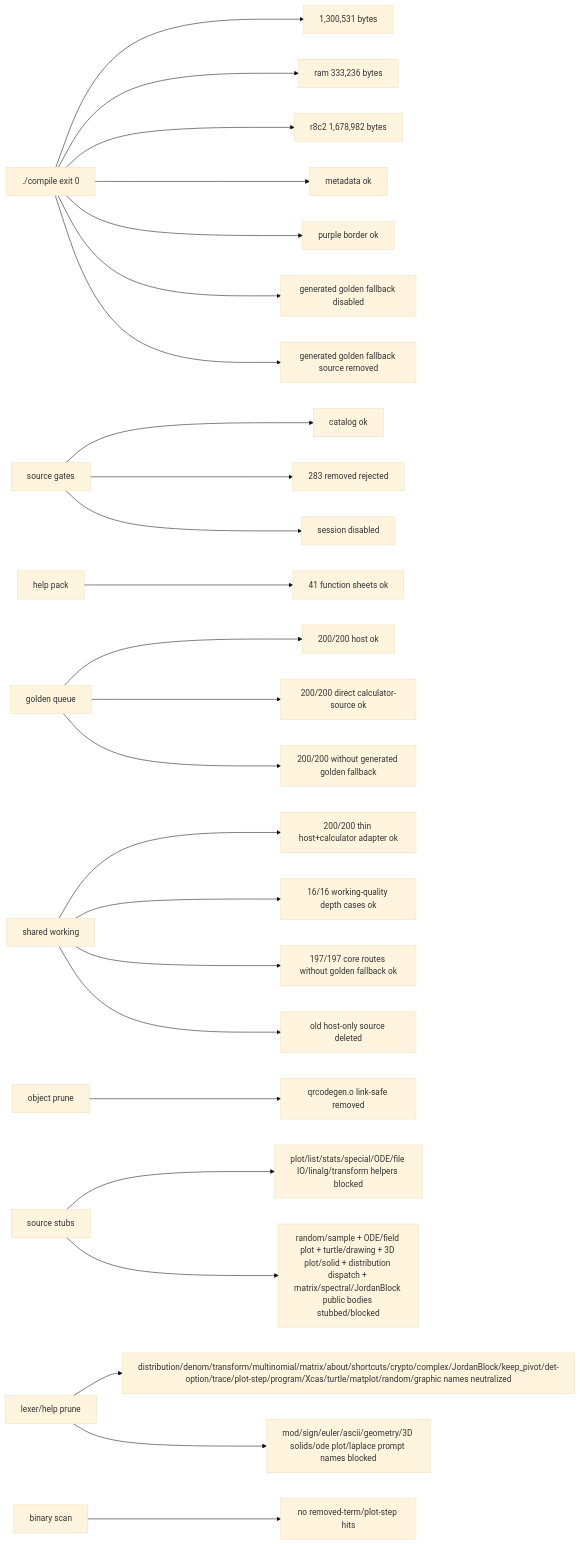
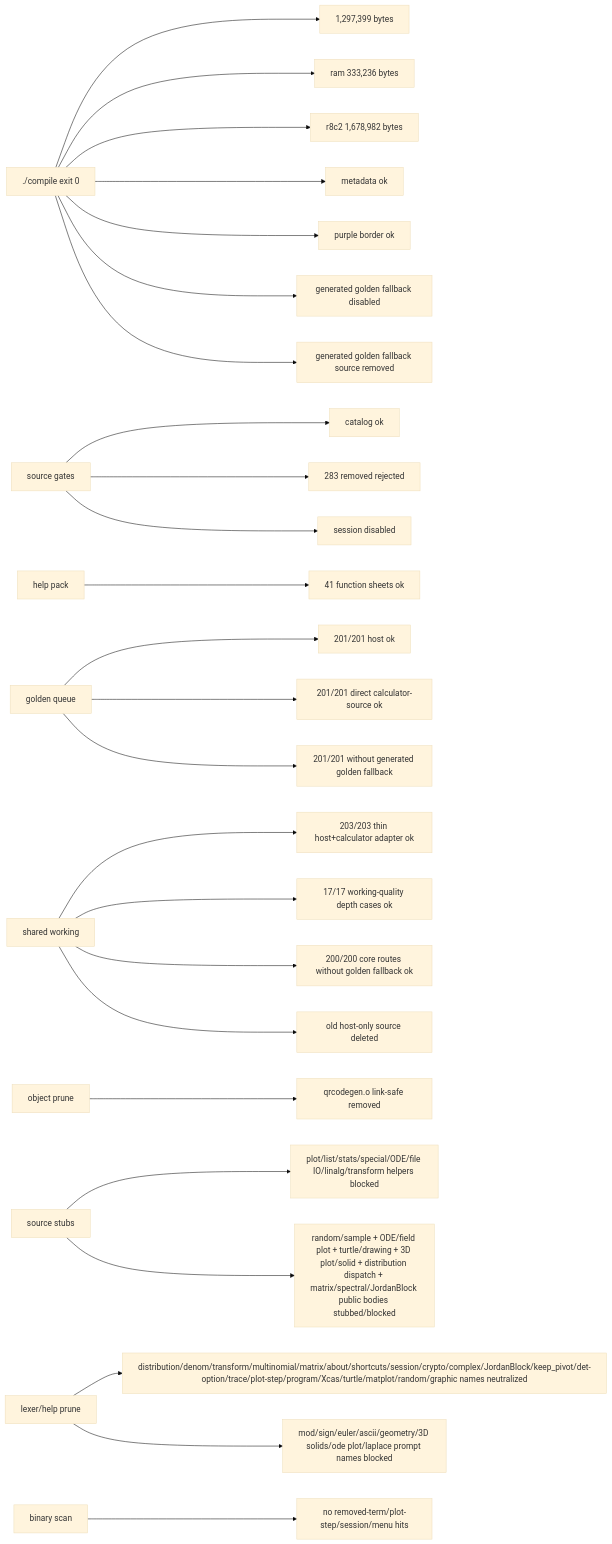
Before and after one commit to james8464/notes-addin-casio-fx-cg50: the seventh of 7 diagrams in docs/GRAPH.md, drawn with Mermaid (base theme). The commit also changed other lines of this file and 10 other files, not shown here.

````diff
--- a/docs/GRAPH.md
+++ b/docs/GRAPH.md
@@ -174,27 +177,27 @@
 ```mermaid
 graph LR
-  Build["./compile exit 0"] --> Size["1,300,531 bytes"]
+  Build["./compile exit 0"] --> Size["1,297,399 bytes"]
   Build --> Ram["ram 333,236 bytes"]
   Build --> R8C2["r8c2 1,678,982 bytes"]
   Build --> Meta["metadata ok"]
   Build --> Border["purple border ok"]
   Build --> NoRuntimeFallback["generated golden fallback disabled"]
   Build --> NoRuntimeSource["generated golden fallback source removed"]
   Source["source gates"] --> Catalog["catalog ok"]
   Source --> Removed["283 removed rejected"]
   Source --> Session["session disabled"]
   Help["help pack"] --> HelpQ["41 function sheets ok"]
-  Queue["golden queue"] --> QueueRun["200/200 host ok"]
-  Queue --> GoldenRun["200/200 direct calculator-source ok"]
-  Queue --> NoGolden["200/200 without generated golden fallback"]
-  Shared["shared working"] --> SharedRun["200/200 thin host+calculator adapter ok"]
-  Shared --> WorkQ["16/16 working-quality depth cases ok"]
-  Shared --> CoreRun["197/197 core routes without golden fallback ok"]
+  Queue["golden queue"] --> QueueRun["201/201 host ok"]
+  Queue --> GoldenRun["201/201 direct calculator-source ok"]
+  Queue --> NoGolden["201/201 without generated golden fallback"]
+  Shared["shared working"] --> SharedRun["203/203 thin host+calculator adapter ok"]
+  Shared --> WorkQ["17/17 working-quality depth cases ok"]
+  Shared --> CoreRun["200/200 core routes without golden fallback ok"]
   Shared --> NoHostSrc["old host-only source deleted"]
   Obj["object prune"] --> QR["qrcodegen.o link-safe removed"]
   Macro["source stubs"] --> Stubbed["plot/list/stats/special/ODE/file IO/linalg/transform helpers blocked"]
   Macro --> RuntimeStubbed["random/sample + ODE/field plot + turtle/drawing + 3D plot/solid + distribution dispatch + matrix/spectral/JordanBlock public bodies stubbed/blocked"]
-  Static["lexer/help prune"] --> StaticRun["distribution/denom/transform/multinomial/matrix/about/shortcuts/crypto/complex/JordanBlock/keep_pivot/det-option/trace/plot-step/program/Xcas/turtle/matplot/random/graphic names neutralized"]
+  Static["lexer/help prune"] --> StaticRun["distribution/denom/transform/multinomial/matrix/about/shortcuts/session/crypto/complex/JordanBlock/keep_pivot/det-option/trace/plot-step/program/Xcas/turtle/matplot/random/graphic names neutralized"]
   Static --> PromptRun["mod/sign/euler/ascii/geometry/3D solids/ode plot/laplace prompt names blocked"]
-  Bin["binary scan"] --> NoLeak["no removed-term/plot-step hits"]
+  Bin["binary scan"] --> NoLeak["no removed-term/plot-step/session/menu hits"]
 ```
````
